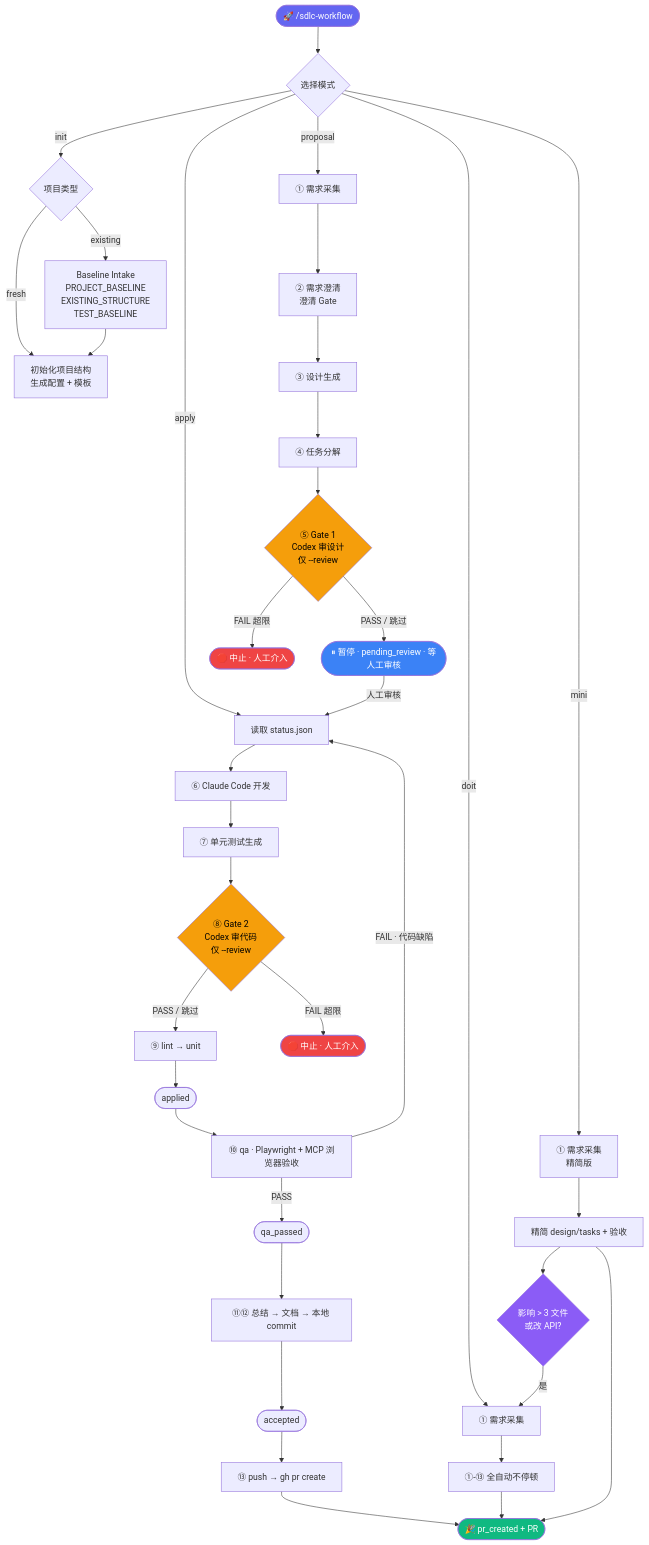
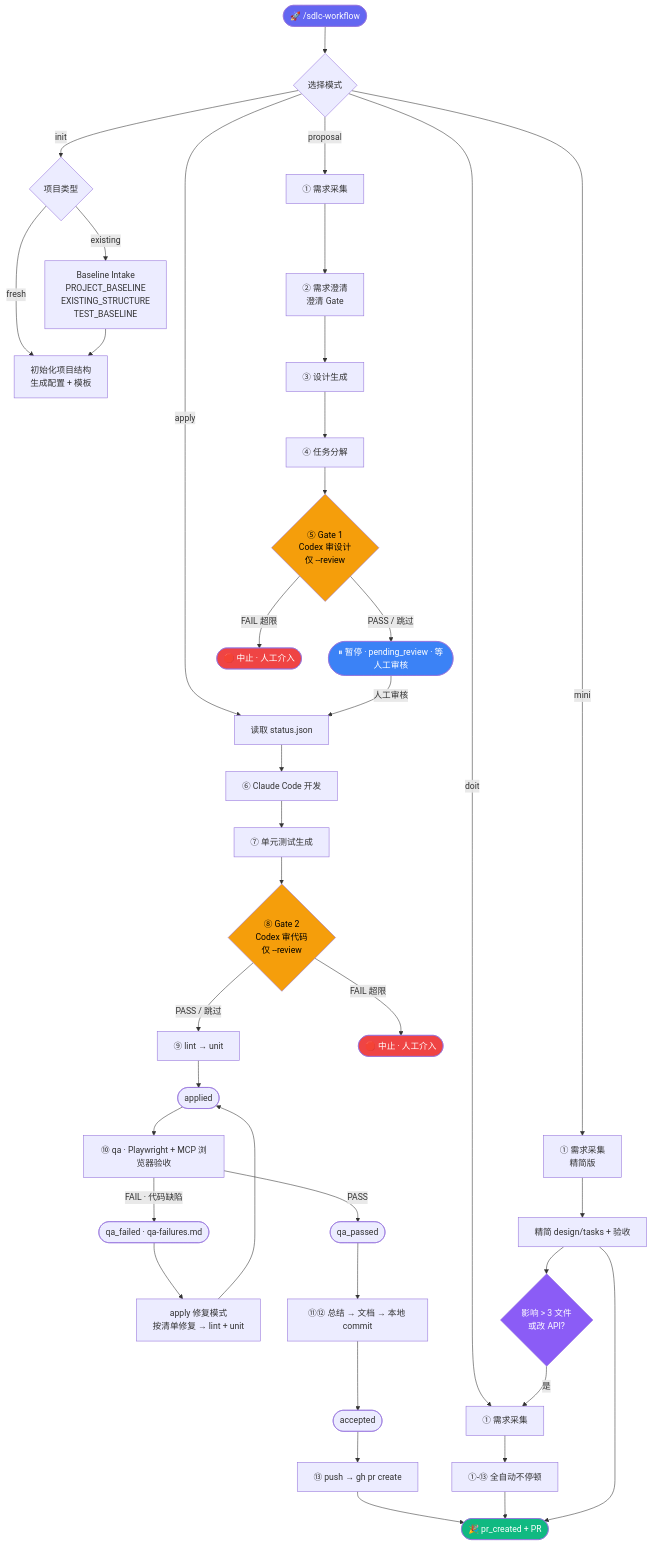
The diagram in DESIGN-PROMO.zh-CN.md (evan-e2438927/sdlc-workflow), drawn with Mermaid before and after one commit. The commit also changed other lines of this file and 7 other files, not shown here.

Commit message:
docs: bilingual docs for qa_failed, repair mode and fix rounds

````diff
--- a/DESIGN-PROMO.zh-CN.md
+++ b/DESIGN-PROMO.zh-CN.md
@@ -178,58 +178,60 @@
 ```mermaid
 flowchart TD
     START([🚀 /sdlc-workflow]) --> MODE{选择模式}
     MODE -->|init| DETECT{项目类型}
     MODE -->|proposal| REQ_PROP[① 需求采集]
     MODE -->|apply| APPLY_START[读取 status.json]
     MODE -->|doit| REQ_FULL[① 需求采集]
     MODE -->|mini| REQ_MINI[① 需求采集<br/>精简版]
 
     DETECT -->|fresh| INIT[初始化项目结构<br/>生成配置 + 模板]
     DETECT -->|existing| INTAKE[Baseline Intake<br/>PROJECT_BASELINE<br/>EXISTING_STRUCTURE<br/>TEST_BASELINE]
     INTAKE --> INIT
 
     %% ===== proposal 流程 =====
     REQ_PROP --> CLARIFY_P[② 需求澄清<br/>澄清 Gate]
     CLARIFY_P --> DESIGN_P[③ 设计生成]
     DESIGN_P --> TASKS_P[④ 任务分解]
     TASKS_P --> GATE1_P{⑤ Gate 1<br/>Codex 审设计<br/>仅 --review}
     GATE1_P -->|PASS / 跳过| PAUSE([⏸ 暂停 · pending_review · 等人工审核])
     GATE1_P -->|FAIL 超限| ABORT_P([🛑 中止 · 人工介入])
     PAUSE -->|人工审核| APPLY_START
 
     %% ===== apply 流程 =====
     APPLY_START --> DEV[⑥ Claude Code 开发]
     DEV --> TESTGEN[⑦ 单元测试生成]
     TESTGEN --> GATE2{⑧ Gate 2<br/>Codex 审代码<br/>仅 --review}
     GATE2 -->|PASS / 跳过| TEST[⑨ lint → unit]
     GATE2 -->|FAIL 超限| ABORT2([🛑 中止 · 人工介入])
     TEST --> A_END([applied])
 
     %% ===== qa / accept / pr =====
     A_END --> QA[⑩ qa · Playwright + MCP 浏览器验收]
     QA -->|PASS| Q_END([qa_passed])
-    QA -->|FAIL · 代码缺陷| APPLY_START
+    QA -->|FAIL · 代码缺陷| QF([qa_failed · qa-failures.md])
+    QF --> REPAIR[apply 修复模式<br/>按清单修复 → lint + unit]
+    REPAIR --> A_END
     Q_END --> ACCEPT[⑪⑫ 总结 → 文档 → 本地 commit]
     ACCEPT --> AC_END([accepted])
     AC_END --> PR[⑬ push → gh pr create]
     PR --> DONE([🎉 pr_created + PR])
 
     %% ===== doit 全自动 =====
     REQ_FULL --> DOIT_FLOW[①-⑬ 全自动不停顿]
     DOIT_FLOW --> DONE
 
     %% ===== mini 精简 =====
     REQ_MINI --> MINI_FLOW[精简 design/tasks + 验收]
     MINI_FLOW --> DONE
     MINI_FLOW --> UPGRADE{影响 > 3 文件<br/>或改 API?}
     UPGRADE -->|是| REQ_FULL
 
     style GATE1_P fill:#f59e0b,color:#000
     style GATE2 fill:#f59e0b,color:#000
     style ABORT_P fill:#ef4444,color:#fff
     style ABORT2 fill:#ef4444,color:#fff
     style DONE fill:#10b981,color:#fff
     style START fill:#6366f1,color:#fff
     style UPGRADE fill:#8b5cf6,color:#fff
     style PAUSE fill:#3b82f6,color:#fff
 ```
````
